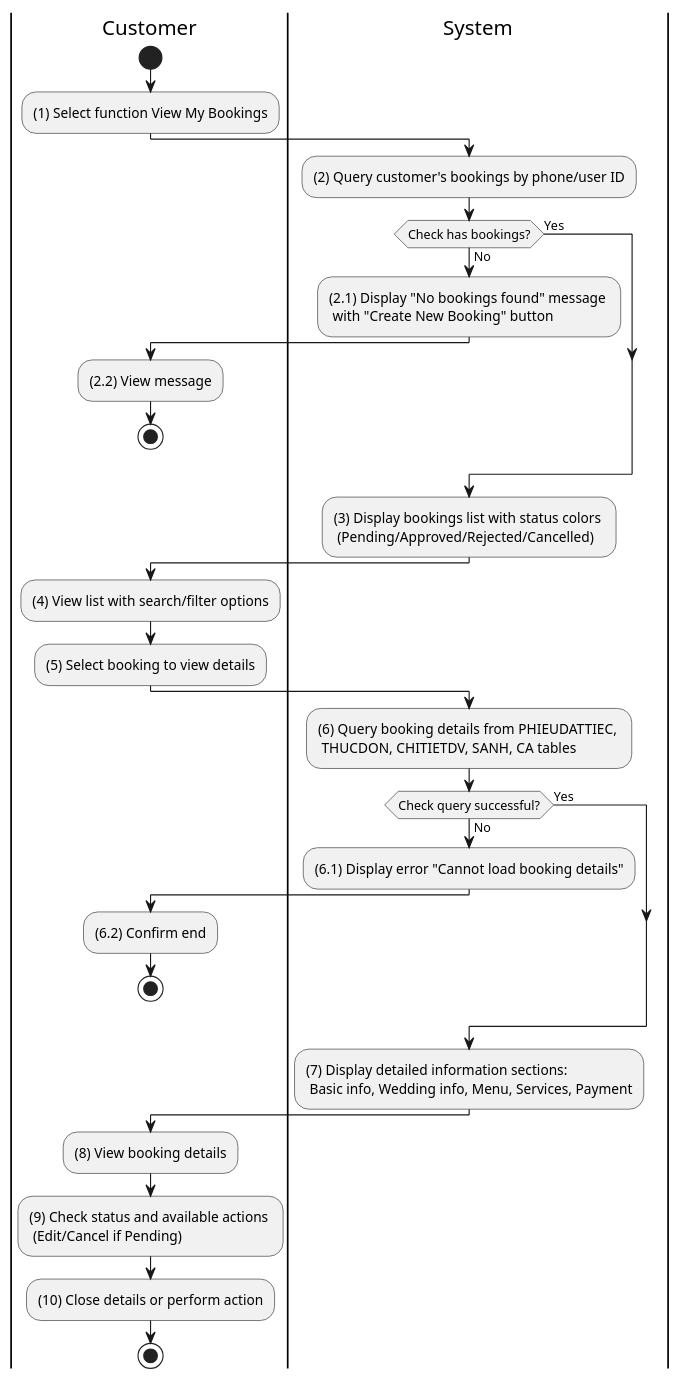
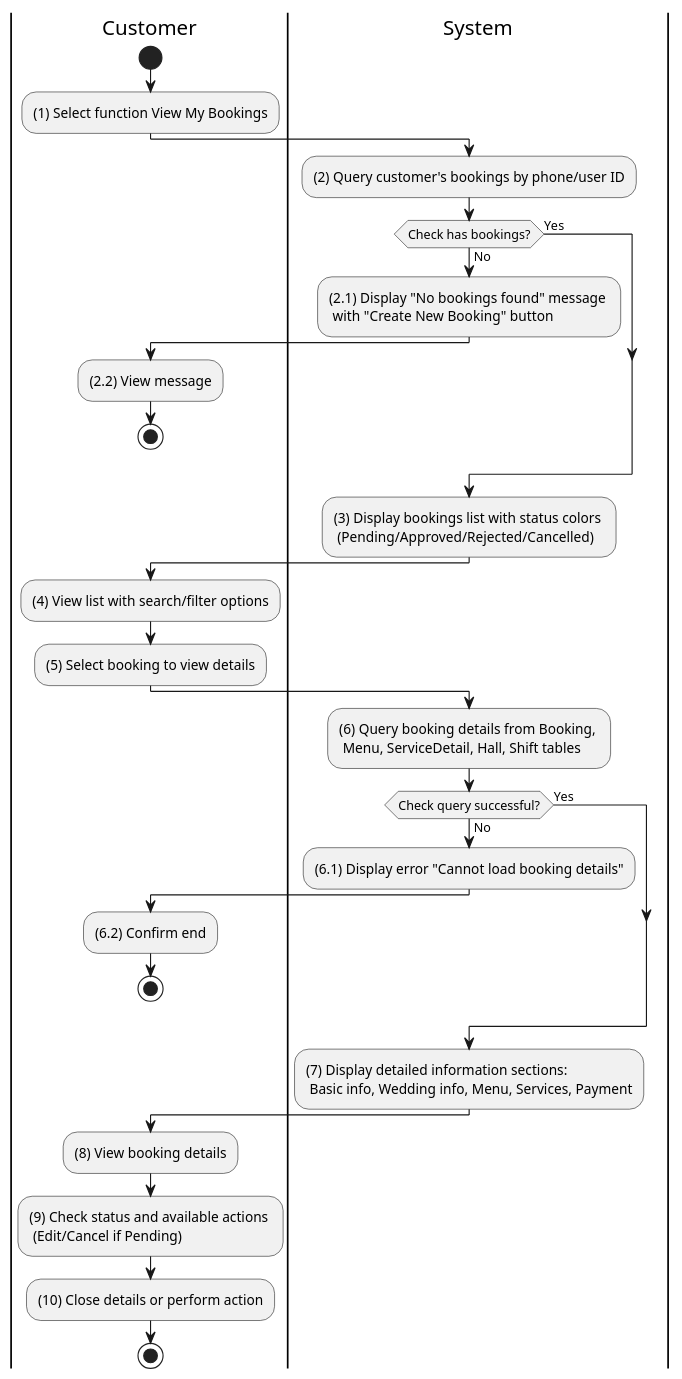
The diagram in docs/docs/activity for wedding management system/customer-bookings/view-my-booking-details.md (se113-wm/se113-wm.github.io), drawn with PlantUML before and after one commit. The commit also changed 64 other files, not shown here.

````diff
--- a/docs/docs/activity for wedding management system/customer-bookings/view-my-booking-details.md
+++ b/docs/docs/activity for wedding management system/customer-bookings/view-my-booking-details.md
@@ -3,51 +3,51 @@
 ```plantuml
 @startuml
 |C|Customer
 |Sys|System
 
 |C|
 start
 
 :(1) Select function View My Bookings;
 
 |Sys|
 :(2) Query customer's bookings by phone/user ID;
 
 if (Check has bookings?) then (No)
 	:(2.1) Display "No bookings found" message \n with "Create New Booking" button;
 	|C|
 	:(2.2) View message;
 	stop
 else (Yes)
 endif
 
 |Sys|
 :(3) Display bookings list with status colors \n (Pending/Approved/Rejected/Cancelled);
 
 |C|
 :(4) View list with search/filter options;
 :(5) Select booking to view details;
 
 |Sys|
-:(6) Query booking details from PHIEUDATTIEC, \n THUCDON, CHITIETDV, SANH, CA tables;
+:(6) Query booking details from Booking, \n Menu, ServiceDetail, Hall, Shift tables;
 
 if (Check query successful?) then (No)
 	:(6.1) Display error "Cannot load booking details";
 	|C|
 	:(6.2) Confirm end;
 	stop
 else (Yes)
 endif
 
 |Sys|
 :(7) Display detailed information sections: \n Basic info, Wedding info, Menu, Services, Payment;
 
 |C|
 :(8) View booking details;
 :(9) Check status and available actions \n (Edit/Cancel if Pending);
 :(10) Close details or perform action;
 
 stop
 
 @enduml
 ```
````
